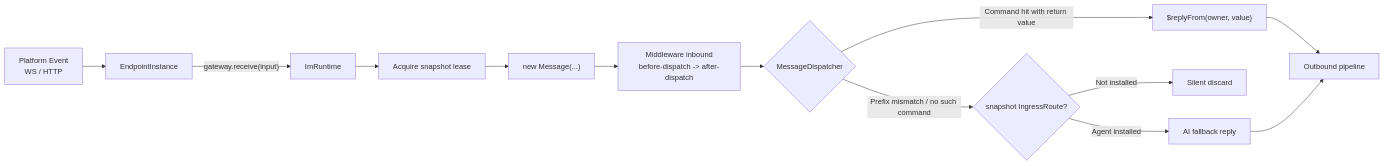
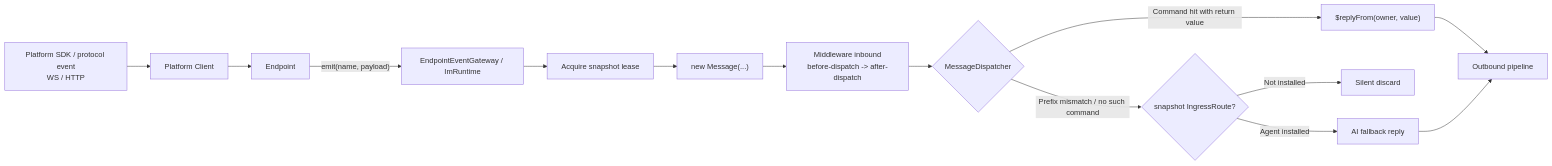
Before and after one commit to zhinjs/zhin: the first of 2 diagrams in docs/en/concepts/message-flow.md, drawn with Mermaid. The commit also changed other lines of this file and 473 other files, not shown here.

Commit message:
refactor(adapter): unify endpoint client model

````diff
--- a/docs/en/concepts/message-flow.md
+++ b/docs/en/concepts/message-flow.md
@@ -7,15 +7,16 @@
 ```mermaid
 flowchart LR
-    P[Platform Event<br/>WS / HTTP] --> E[EndpointInstance]
-    E -->|"gateway.receive(input)"| G[ImRuntime]
+    P[Platform SDK / protocol event<br/>WS / HTTP] --> C[Platform Client]
+    C --> E[Endpoint]
+    E -->|"emit(name, payload)"| G[EndpointEventGateway / ImRuntime]
     G --> L[Acquire snapshot lease]
     L --> M["new Message(...)"]
     M --> MW["Middleware inbound<br/>before-dispatch -> after-dispatch"]
     MW --> D{MessageDispatcher}
     D -->|"Prefix mismatch / no such command"| U{snapshot IngressRoute?}
     U -->|"Agent installed"| AI[AI fallback reply]
     U -->|"Not installed"| N[Silent discard]
     D -->|"Command hit with return value"| R["$replyFrom(owner, value)"]
     R --> O[Outbound pipeline]
     AI --> O
 ```
````
